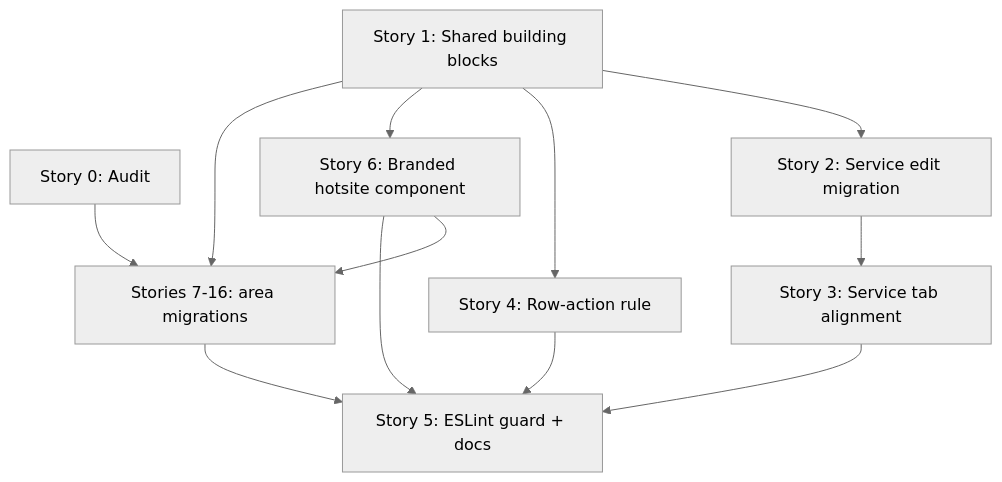
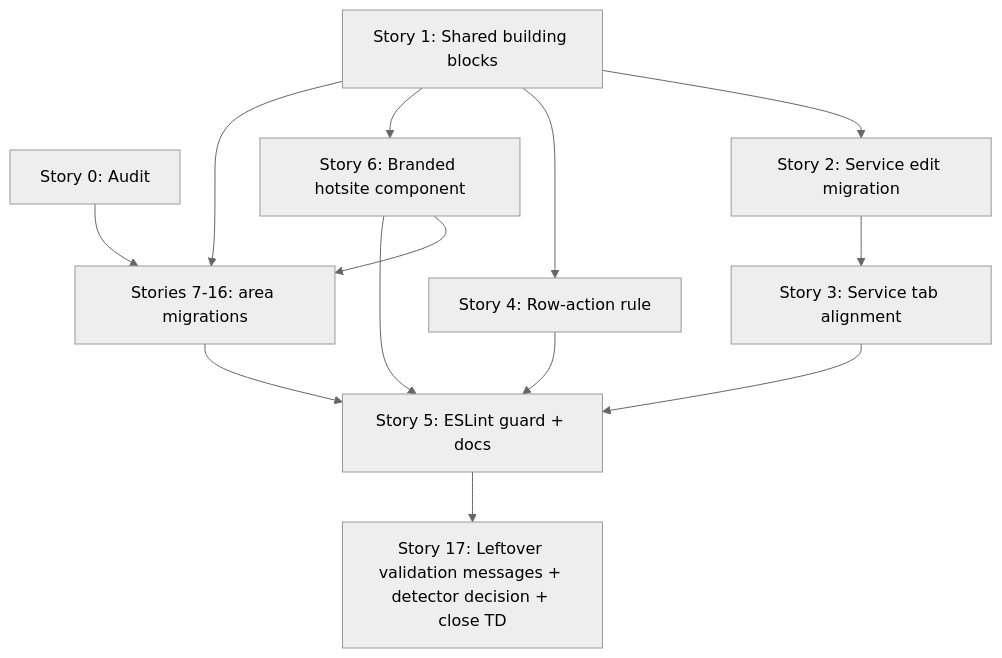
The diagram in td/TD57-INLINE-FEEDBACK-AND-ACTION-PANE-PATTERN.md (lmmoreira/ikaro), drawn with Mermaid (neutral theme) before and after one commit. The commit also changed other lines of this file and 1 other file, not shown here.

First line of the commit message:
docs(td57): add Story 17 (leftover validation messages, detector decision, close TD) and sync status

````diff
--- a/td/TD57-INLINE-FEEDBACK-AND-ACTION-PANE-PATTERN.md
+++ b/td/TD57-INLINE-FEEDBACK-AND-ACTION-PANE-PATTERN.md
@@ -1146,14 +1209,15 @@
 ```mermaid
 graph TD
   S0[Story 0: Audit] --> M[Stories 7-16: area migrations]
   S1[Story 1: Shared building blocks] --> S2[Story 2: Service edit migration]
   S1 --> S4[Story 4: Row-action rule]
   S1 --> S6[Story 6: Branded hotsite component]
   S1 --> M
   S6 --> M
   S2 --> S3[Story 3: Service tab alignment]
   M --> S5[Story 5: ESLint guard + docs]
   S3 --> S5
   S4 --> S5
   S6 --> S5
+  S5 --> S17[Story 17: Leftover validation messages + detector decision + close TD]
 ```
````
